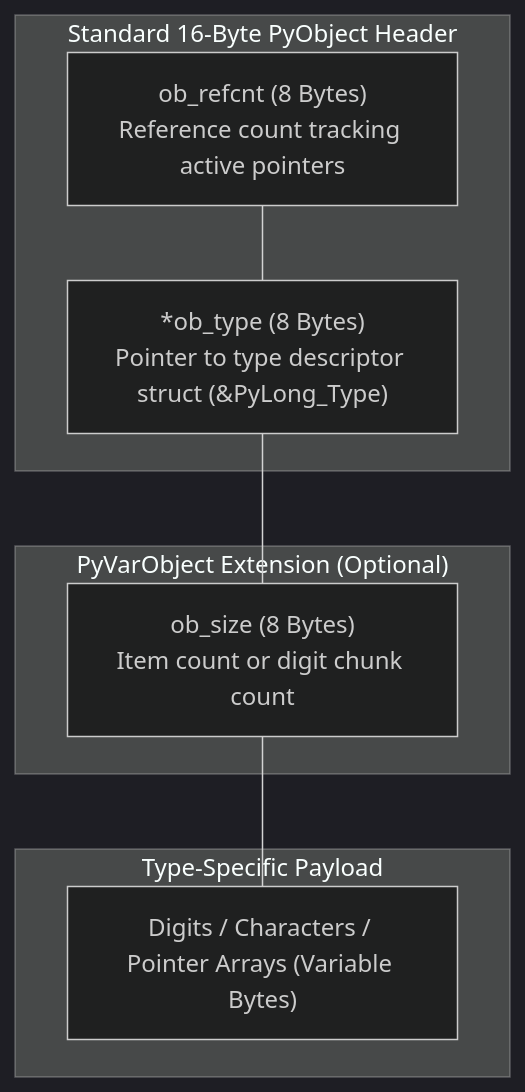
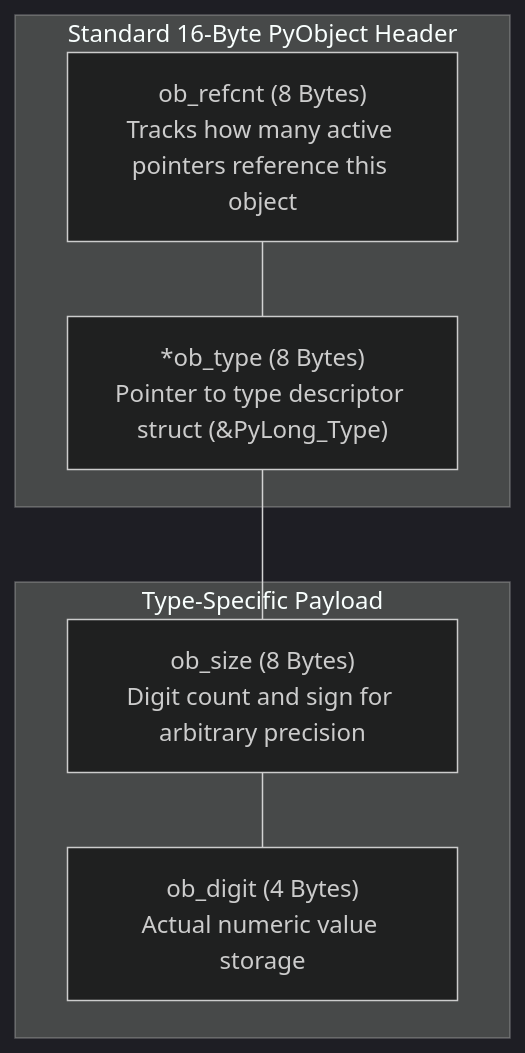
One commit to AchuAshwath/Cthru-Python changed the first of 3 diagrams in src/content/docs/foundations/the-pyobject.mdx. Above: the diagram before and after it, drawn with Mermaid (dark theme). The commit also changed other lines of this file and 3 other files, not shown here.

````diff
--- a/src/content/docs/foundations/the-pyobject.mdx
+++ b/src/content/docs/foundations/the-pyobject.mdx
@@ -35,17 +82,14 @@
 ```mermaid
 flowchart TD
     subgraph Header["Standard 16-Byte PyObject Header"]
-        Ref["ob_refcnt (8 Bytes)<br/>Reference count tracking active pointers"]
+        Ref["ob_refcnt (8 Bytes)<br/>Tracks how many active pointers reference this object"]
         Type["*ob_type (8 Bytes)<br/>Pointer to type descriptor struct (&PyLong_Type)"]
     end
 
-    subgraph VariableHeader["PyVarObject Extension (Optional)"]
-        Size["ob_size (8 Bytes)<br/>Item count or digit chunk count"]
+    subgraph Payload["Type-Specific Payload"]
+        Size["ob_size (8 Bytes)<br/>Digit count and sign for arbitrary precision"]
+        Digits["ob_digit (4 Bytes)<br/>Actual numeric value storage"]
     end
 
-    subgraph Payload["Type-Specific Payload"]
-        Data["Digits / Characters / Pointer Arrays (Variable Bytes)"]
-    end
-
-    Ref --- Type --- Size --- Data
+    Ref --- Type --- Size --- Digits
 ```
````
